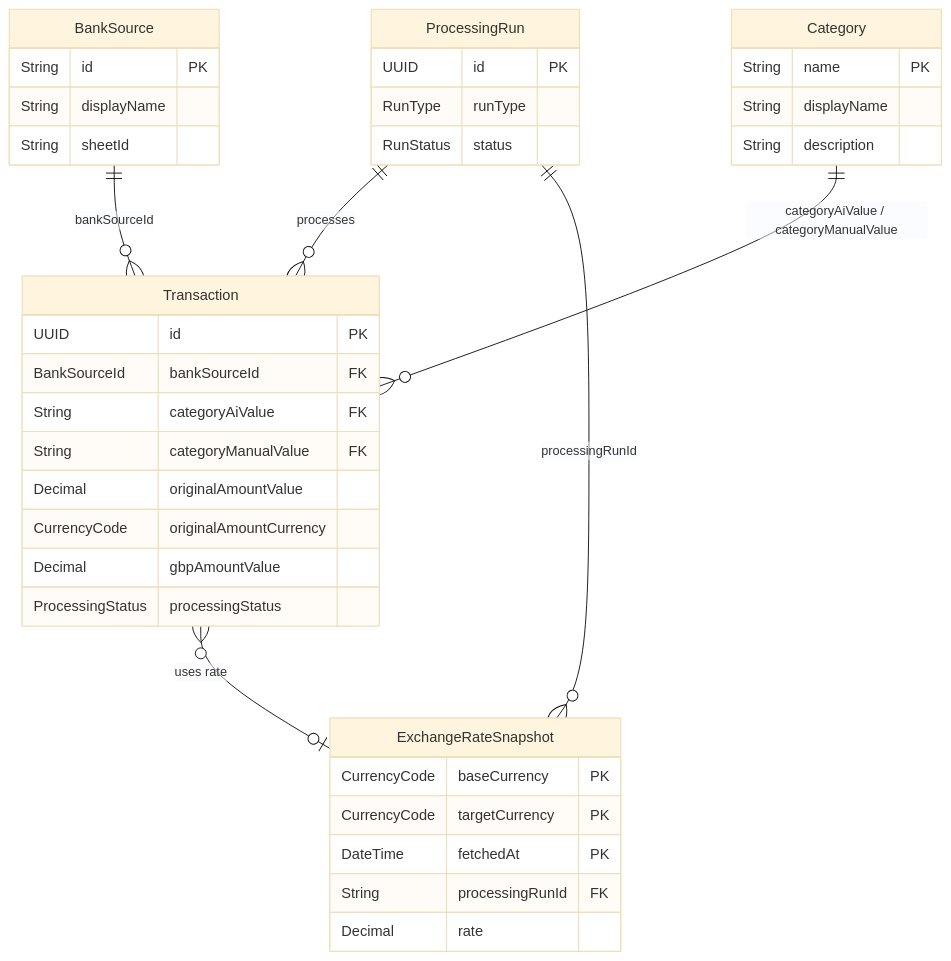
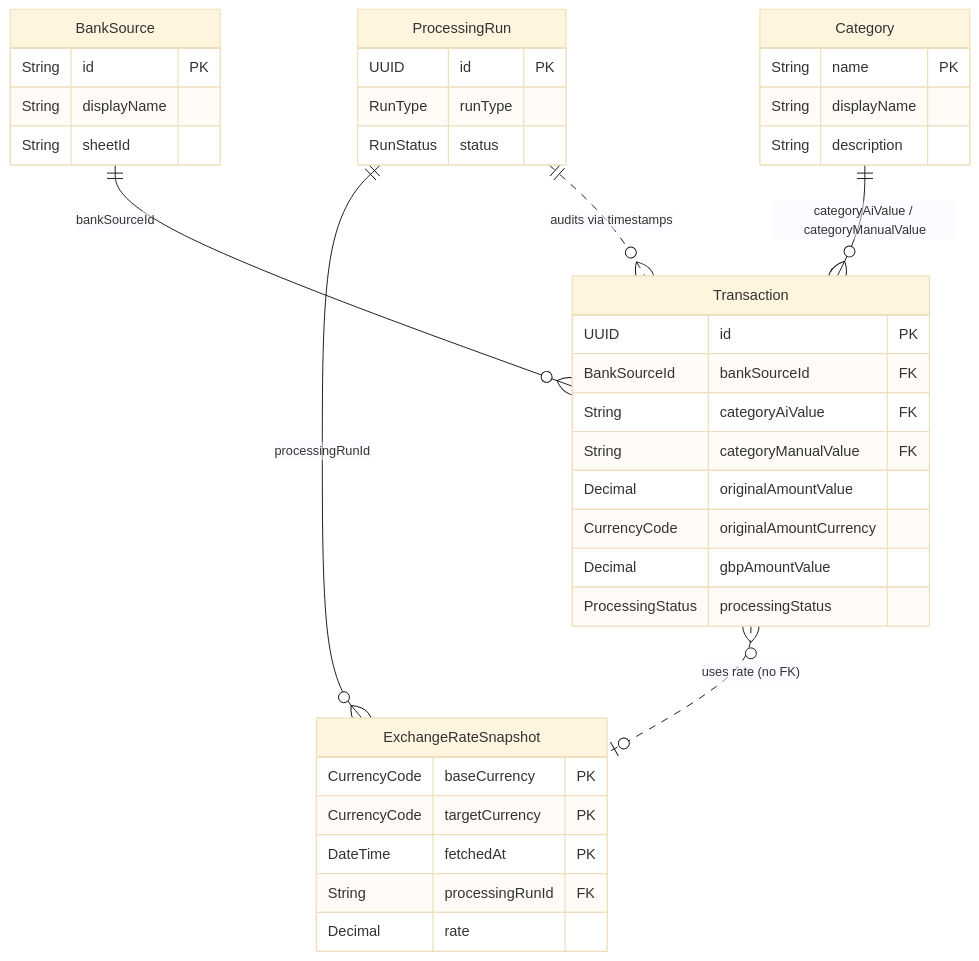
Before and after one commit to tjmgregory/fire: the diagram in docs/aiup/02-elaboration/entity-models.md, drawn with Mermaid (base theme).

Commit message:
docs(elaboration): distinguish direct vs indirect relationships in ER diagram
- Use solid lines (--) for direct FK relationships
- Use dotted lines (..) for indirect/logical relationships
- Clarify ProcessingRun audits transactions via timestamps (no FK)
- Clarify Transaction uses ExchangeRateSnapshot without FK
- Add explanatory comments to diagram

````diff
--- a/docs/aiup/02-elaboration/entity-models.md
+++ b/docs/aiup/02-elaboration/entity-models.md
@@ -238,45 +238,48 @@
 ```mermaid
 erDiagram
+    %% Direct FK relationships (solid lines)
     BankSource ||--o{ Transaction : "bankSourceId"
     Category ||--o{ Transaction : "categoryAiValue / categoryManualValue"
-    ProcessingRun ||--o{ Transaction : "processes"
     ProcessingRun ||--o{ ExchangeRateSnapshot : "processingRunId"
-    Transaction }o--o| ExchangeRateSnapshot : "uses rate"
+
+    %% Indirect relationships (dotted lines)
+    ProcessingRun ||..o{ Transaction : "audits via timestamps"
+    Transaction }o..o| ExchangeRateSnapshot : "uses rate (no FK)"
 
     BankSource {
         String id PK
         String displayName
         String sheetId
     }
 
     Transaction {
         UUID id PK
         BankSourceId bankSourceId FK
         String categoryAiValue FK
         String categoryManualValue FK
         Decimal originalAmountValue
         CurrencyCode originalAmountCurrency
         Decimal gbpAmountValue
         ProcessingStatus processingStatus
     }
 
     Category {
         String name PK
         String displayName
         String description
     }
 
     ExchangeRateSnapshot {
         CurrencyCode baseCurrency PK
         CurrencyCode targetCurrency PK
         DateTime fetchedAt PK
         String processingRunId FK
         Decimal rate
     }
 
     ProcessingRun {
         UUID id PK
         RunType runType
         RunStatus status
     }
 ```
````
